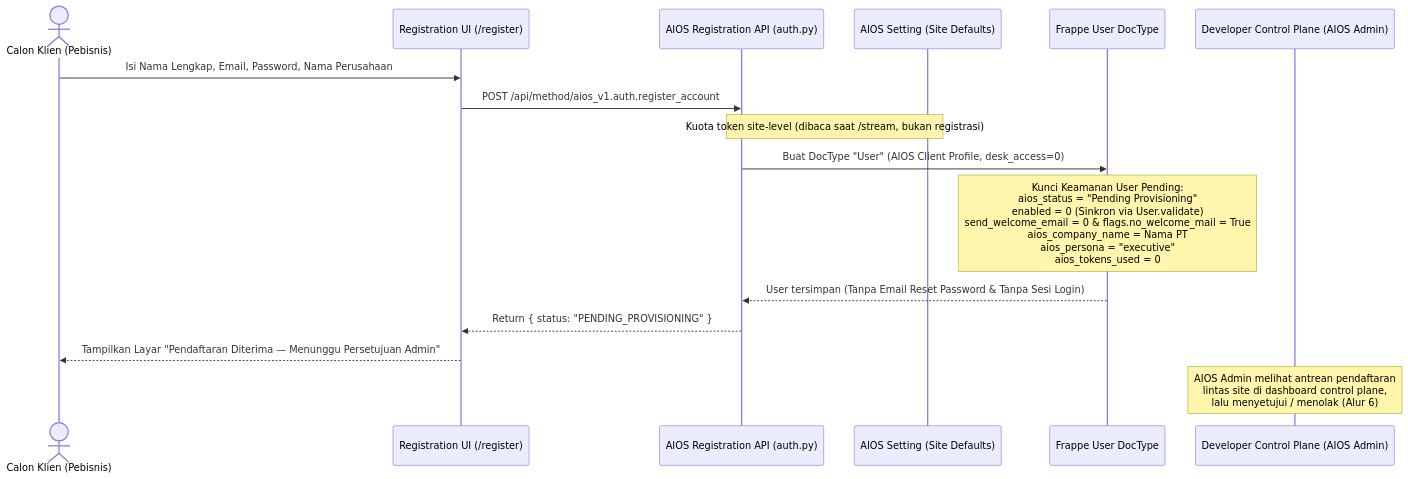
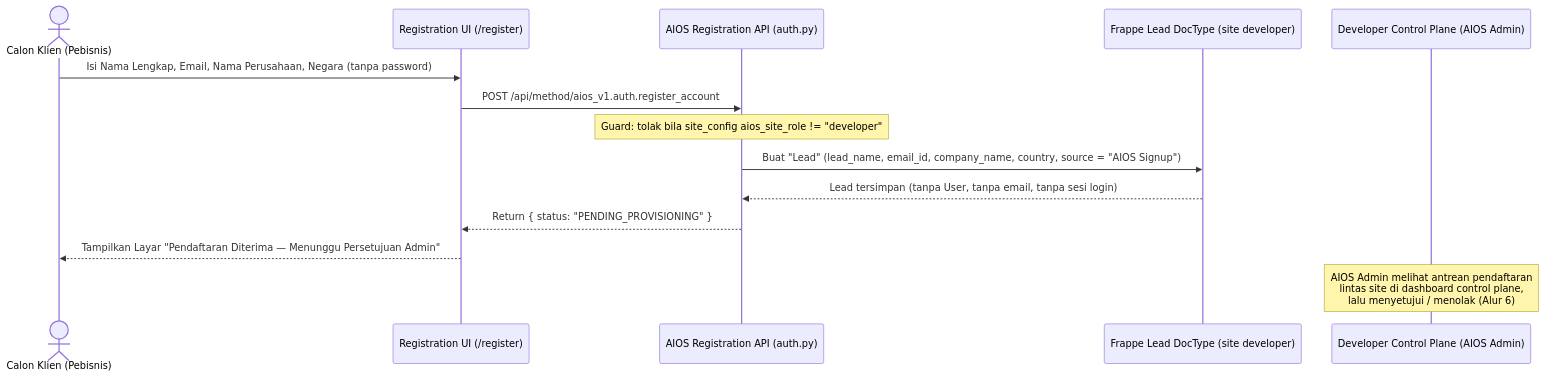
One commit to Tenshi1308/aios-frappe-16 changed the first of 8 diagrams in docs/04-alur-kerja-sistem.md. Above: the diagram before and after it, drawn with Mermaid. The commit also changed other lines of this file and 5 other files, not shown here.

Commit message:
docs: tulis Flow Utama klien, rapikan docs/09, tambah aturan Frappe resmi menang

````diff
--- a/docs/04-alur-kerja-sistem.md
+++ b/docs/04-alur-kerja-sistem.md
@@ -11,19 +11,17 @@
 ```mermaid
 sequenceDiagram
     actor Klien as Calon Klien (Pebisnis)
     participant UI as Registration UI (/register)
     participant API as AIOS Registration API (auth.py)
-    participant Setting as AIOS Setting (Site Defaults)
-    participant DB as Frappe User DocType
+    participant DB as Frappe Lead DocType (site developer)
     participant CP as Developer Control Plane (AIOS Admin)
 
-    Klien->>UI: Isi Nama Lengkap, Email, Password, Nama Perusahaan
+    Klien->>UI: Isi Nama Lengkap, Email, Nama Perusahaan, Negara (tanpa password)
     UI->>API: POST /api/method/aios_v1.auth.register_account
-    Note over API,Setting: Kuota token site-level (dibaca saat /stream, bukan registrasi)
-    API->>DB: Buat DocType "User" (AIOS Client Profile, desk_access=0)
-    Note over DB: Kunci Keamanan User Pending:<br/>aios_status = "Pending Provisioning"<br/>enabled = 0 (Sinkron via User.validate)<br/>send_welcome_email = 0 & flags.no_welcome_mail = True<br/>aios_company_name = Nama PT<br/>aios_persona = "executive"<br/>aios_tokens_used = 0
-    DB-->>API: User tersimpan (Tanpa Email Reset Password & Tanpa Sesi Login)
+    Note over API: Guard: tolak bila site_config aios_site_role != "developer"
+    API->>DB: Buat "Lead" (lead_name, email_id, company_name, country, source = "AIOS Signup")
+    DB-->>API: Lead tersimpan (tanpa User, tanpa email, tanpa sesi login)
     API-->>UI: Return { status: "PENDING_PROVISIONING" }
     UI-->>Klien: Tampilkan Layar "Pendaftaran Diterima — Menunggu Persetujuan Admin"
     Note over CP: AIOS Admin melihat antrean pendaftaran<br/>lintas site di dashboard control plane,<br/>lalu menyetujui / menolak (Alur 6)
 ```
````
